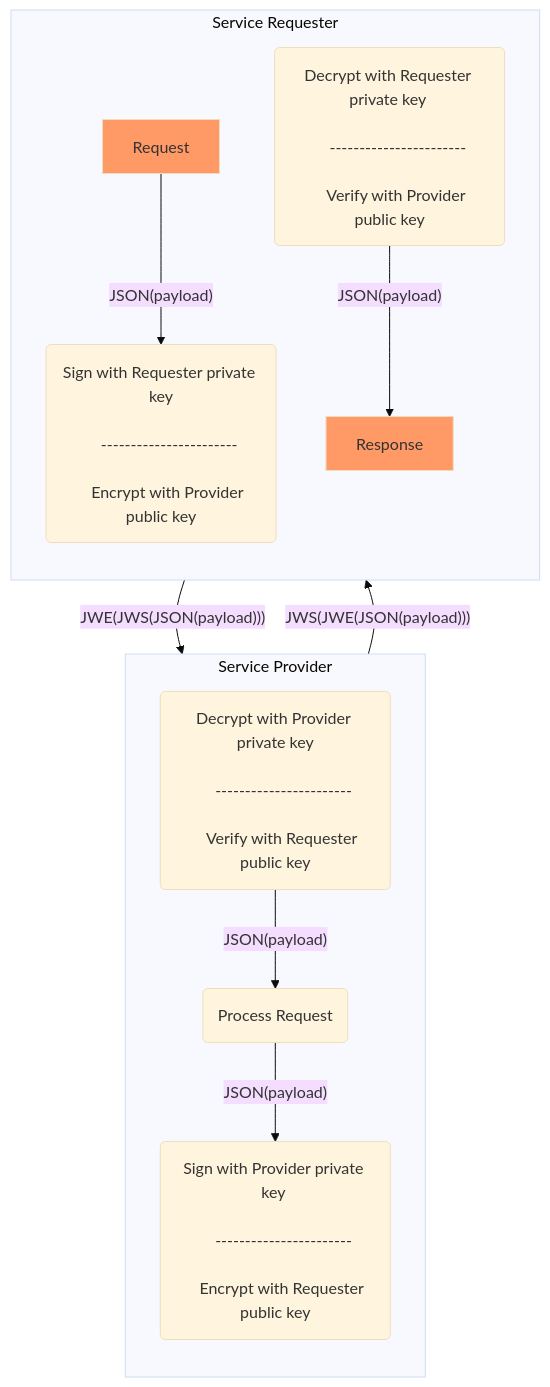
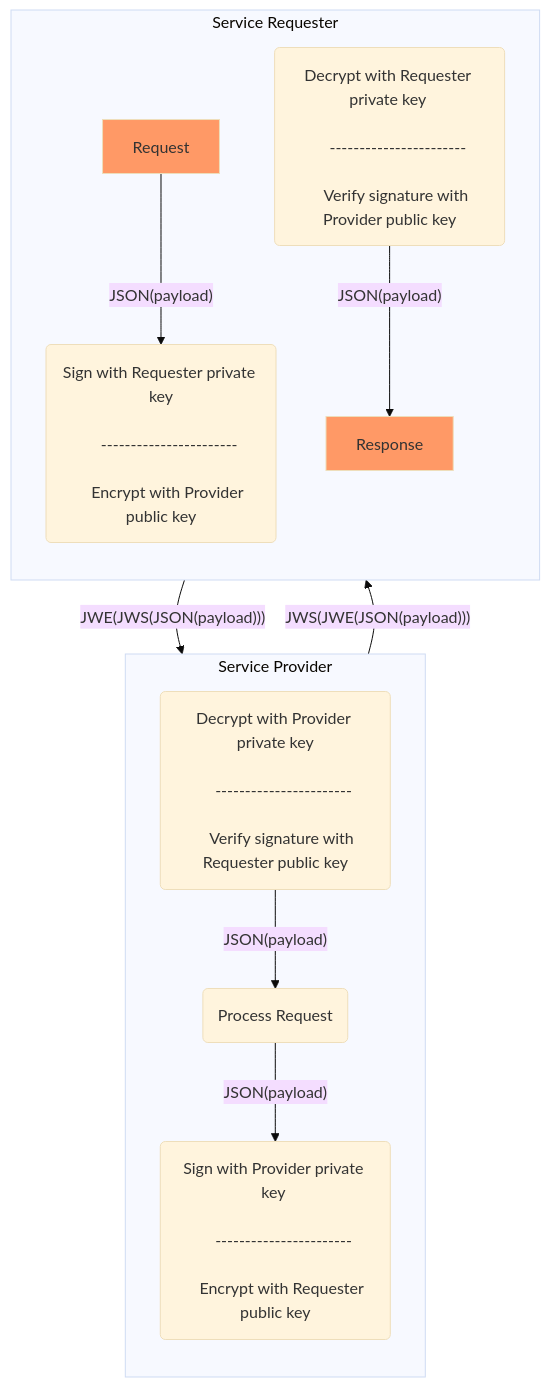
The second of 2 diagrams in API-strategie-modules/encryption/ch01.md (Geonovum/KP-APIs), drawn with Mermaid (base theme) before and after one commit. The commit also changed 3 other files, not shown here.

````diff
--- a/API-strategie-modules/encryption/ch01.md
+++ b/API-strategie-modules/encryption/ch01.md
@@ -111,35 +111,35 @@
 ```mermaid
 graph TD;
     Request--"JSON(payload)"-->SignA;
     SignA--"JWE(JWS(JSON(payload)))"-->SignB;
     SignB--"JSON(payload)"-->Proc;
     Proc--"JSON(payload)"-->SignC;
     SignC--"JWS(JWE(JSON(payload)))"-->SignD;
     SignD--"JSON(payload)"-->Response;
     
     
     direction TB
     subgraph Service Provider
     direction TB
     SignB("Decrypt with Provider private key</br> 
     -----------------------</br>
-    Verify with Requester public key")
+    Verify signature with Requester public key")
     Proc(Process Request)
     SignC("Sign with Provider private key </br>
     -----------------------</br>
     Encrypt with Requester public key")    
     
     end
     subgraph Service Requester
     direction TB
     Request:::sc
     SignA("Sign with Requester private key</br>
     -----------------------</br>
     Encrypt with Provider public key")
     SignD("Decrypt with Requester private key </br>
     -----------------------</br>
-    Verify with Provider public key")
+    Verify signature with Provider public key")
     classDef sc fill:#f96
     Response:::sc
     end
 ```
````
